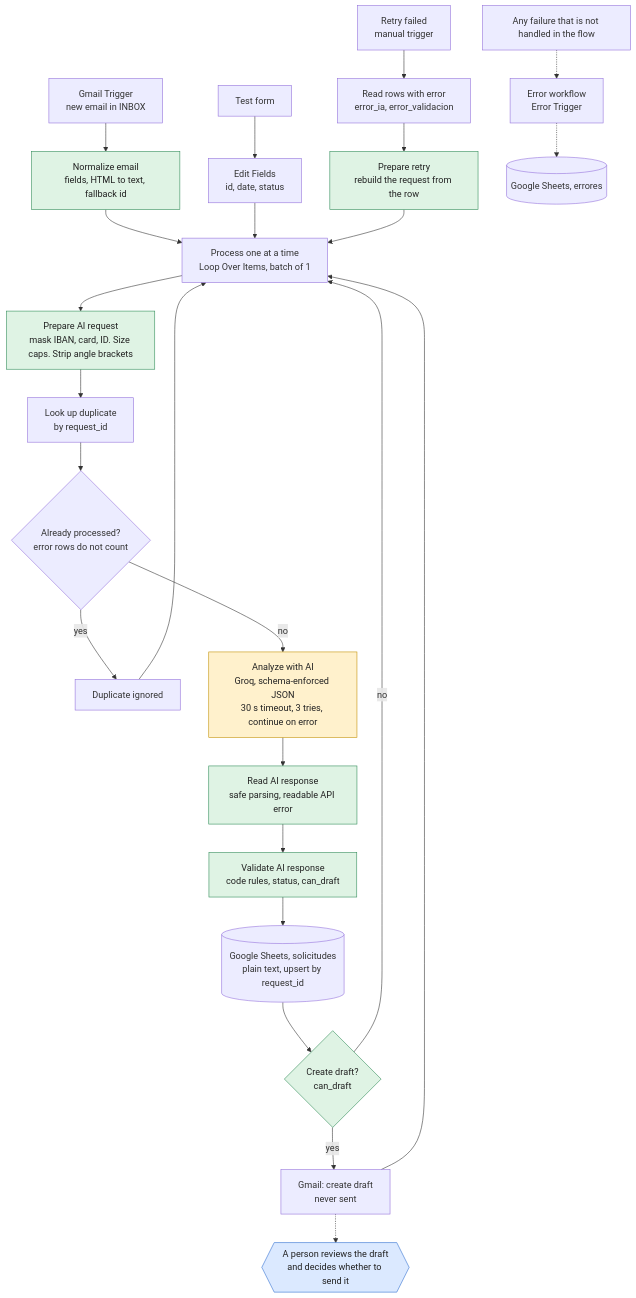
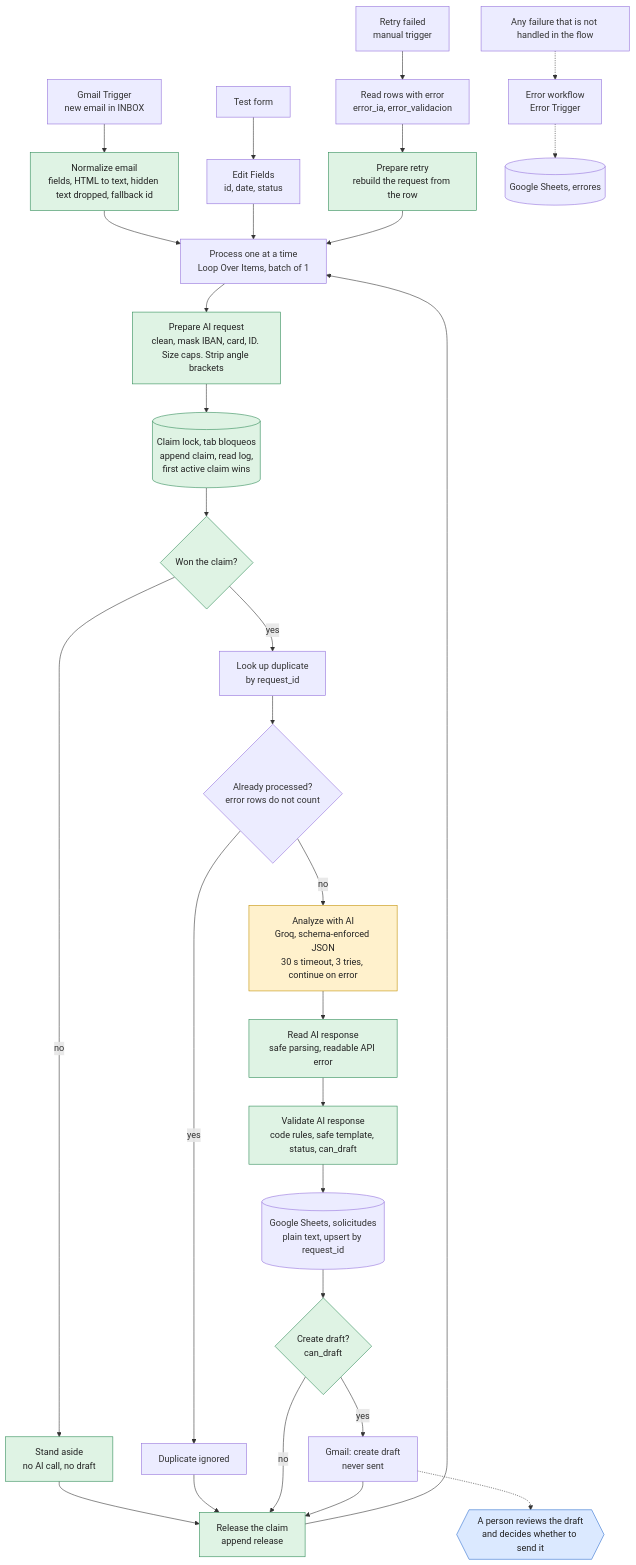
The diagram in README.md (lararaul439-ctrl/leadflow-ai), drawn with Mermaid before and after one commit. The commit also changed other lines of this file and 24 other files, not shown here.

First line of the commit message:
LeadFlow AI v1.2: claim lock, privacy settings, input hardening and tests

````diff
--- a/README.md
+++ b/README.md
@@ -26,36 +27,41 @@
 ```mermaid
 flowchart TB
-    GT["Gmail Trigger<br/>new email in INBOX"] --> NC["Normalize email<br/>fields, HTML to text, fallback id"]
+    GT["Gmail Trigger<br/>new email in INBOX"] --> NC["Normalize email<br/>fields, HTML to text, hidden text dropped, fallback id"]
     FM["Test form"] --> EF["Edit Fields<br/>id, date, status"]
     RT["Retry failed<br/>manual trigger"] --> RD["Read rows with error<br/>error_ia, error_validacion"]
     RD --> PR["Prepare retry<br/>rebuild the request from the row"]
 
     NC --> BU
     EF --> BU
     PR --> BU
 
-    BU["Process one at a time<br/>Loop Over Items, batch of 1"] --> PP["Prepare AI request<br/>mask IBAN, card, ID. Size caps. Strip angle brackets"]
-    PP --> BD["Look up duplicate<br/>by request_id"]
+    BU["Process one at a time<br/>Loop Over Items, batch of 1"] --> PP["Prepare AI request<br/>clean, mask IBAN, card, ID. Size caps. Strip angle brackets"]
+    PP --> CL[("Claim lock, tab bloqueos<br/>append claim, read log,<br/>first active claim wins")]
+    CL --> WIN{"Won the claim?"}
+    WIN -- "no" --> LOST["Stand aside<br/>no AI call, no draft"]
+    WIN -- "yes" --> BD["Look up duplicate<br/>by request_id"]
     BD --> DUP{"Already processed?<br/>error rows do not count"}
     DUP -- "yes" --> IG["Duplicate ignored"]
-    IG --> BU
     DUP -- "no" --> IA["Analyze with AI<br/>Groq, schema-enforced JSON<br/>30 s timeout, 3 tries, continue on error"]
     IA --> LR["Read AI response<br/>safe parsing, readable API error"]
-    LR --> VR["Validate AI response<br/>code rules, status, can_draft"]
+    LR --> VR["Validate AI response<br/>code rules, safe template, status, can_draft"]
     VR --> SH[("Google Sheets, solicitudes<br/>plain text, upsert by request_id")]
     SH --> GATE{"Create draft?<br/>can_draft"}
     GATE -- "yes" --> BR["Gmail: create draft<br/>never sent"]
-    GATE -- "no" --> BU
-    BR --> BU
     BR -.-> HUM{{"A person reviews the draft<br/>and decides whether to send it"}}
+    LOST --> REL
+    IG --> REL
+    GATE -- "no" --> REL
+    BR --> REL["Release the claim<br/>append release"]
+    REL --> BU
 
     FALLO["Any failure that is not handled in the flow"] -.-> ER["Error workflow<br/>Error Trigger"]
     ER -.-> SE[("Google Sheets, errores")]
 
     classDef ia fill:#fff1cc,stroke:#c28f00,color:#222
     classDef codigo fill:#dff3e4,stroke:#2e8b57,color:#222
     classDef humano fill:#dbe9ff,stroke:#2f6fd0,color:#222
     class IA ia
-    class NC,PP,LR,VR,PR,GATE codigo
+    class NC,PP,LR,VR,PR,GATE,WIN,CL,REL,LOST codigo
     class HUM humano
 ```
````
